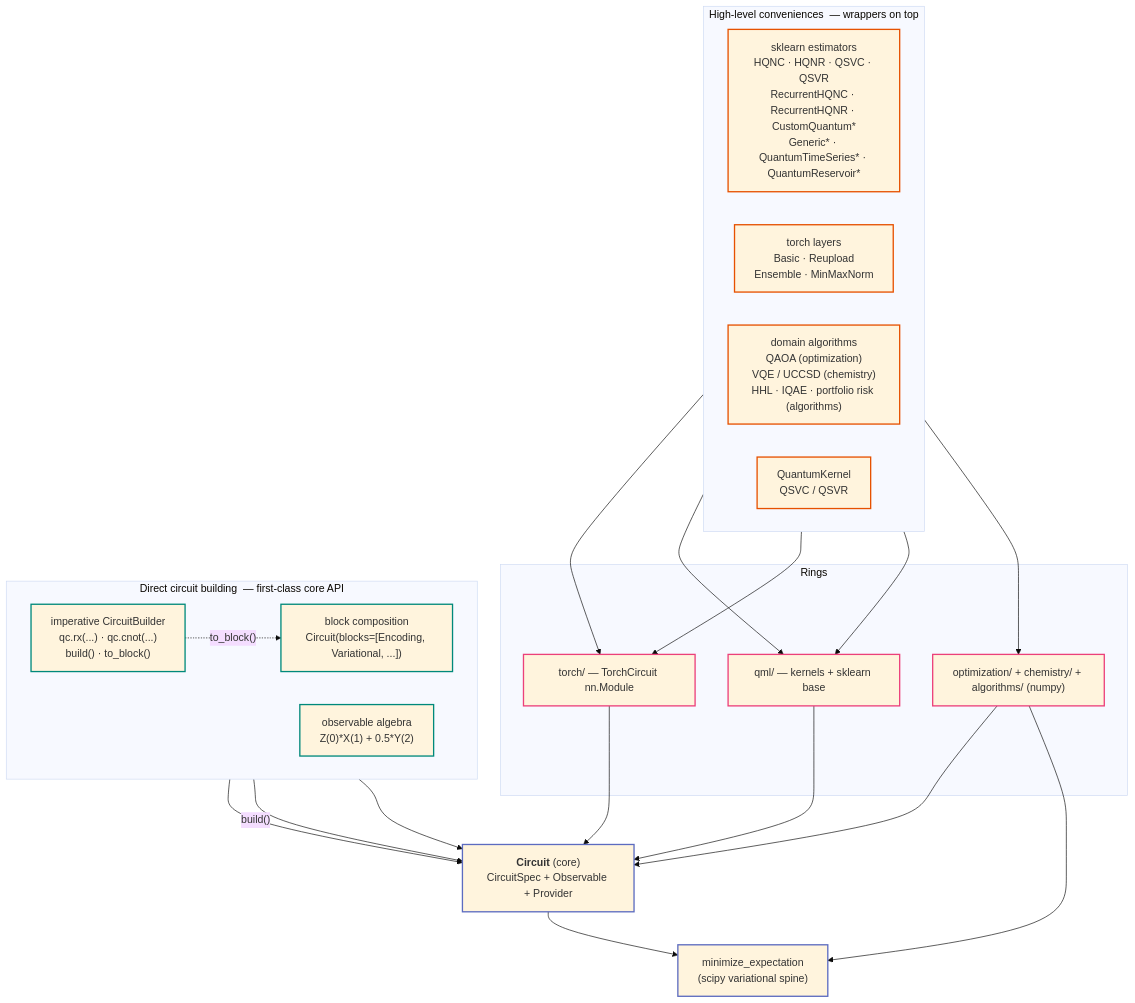
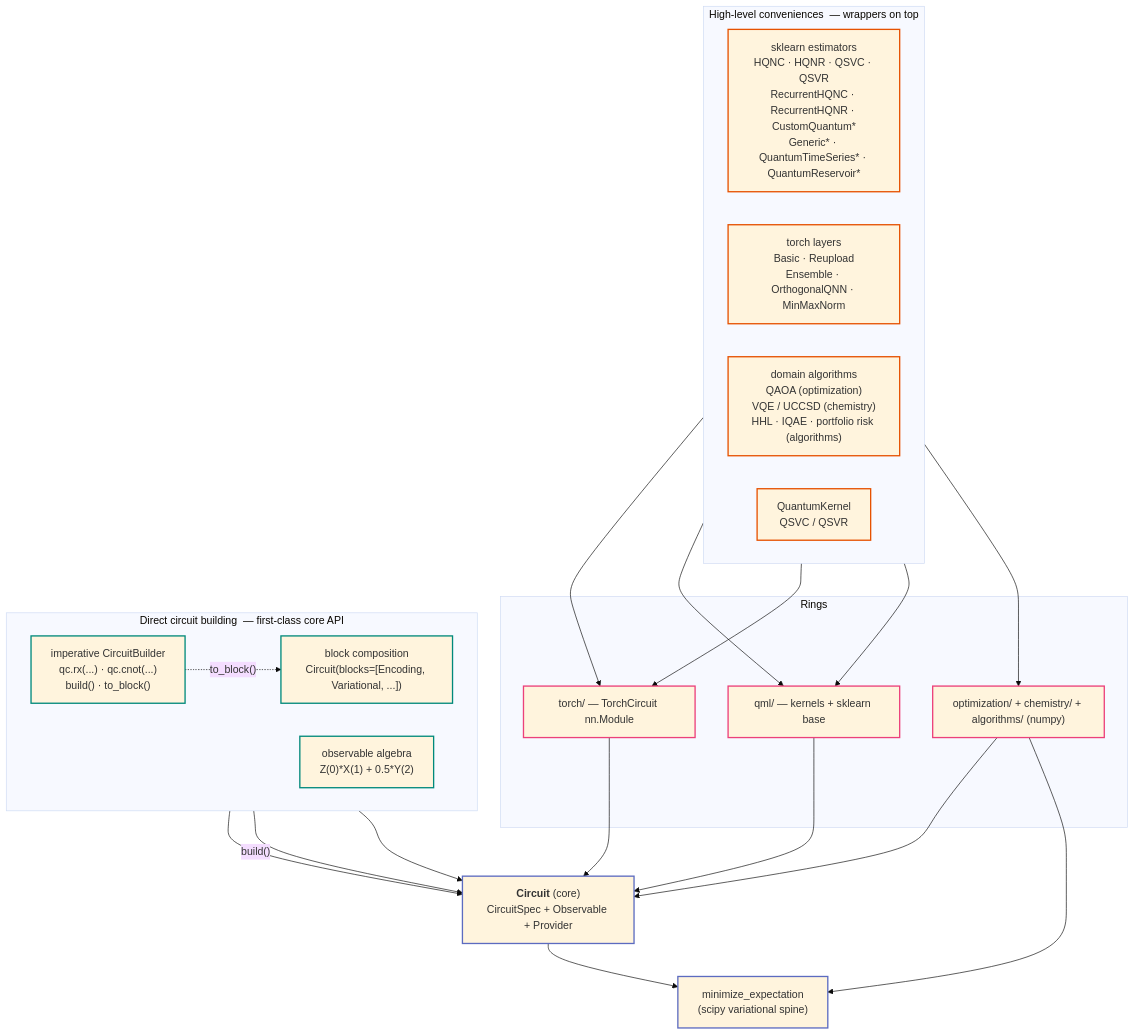
One commit to eigenorbit/eigenkit changed the seventh of 7 diagrams in docs/architecture-diagrams.md. Above: the diagram before and after it, drawn with Mermaid (base theme). The commit also changed other lines of this file and 44 other files, not shown here.

First line of the commit message:
feat: add eigenkit.orthogonal (orthogonal networks, certified robustness, OrthogonalQNN) (#32)

````diff
--- a/docs/architecture-diagrams.md
+++ b/docs/architecture-diagrams.md
@@ -454,53 +456,53 @@
 ```mermaid
 flowchart TB
     subgraph HIGH["High-level conveniences &nbsp;— wrappers on top"]
         direction LR
         EST["sklearn estimators<br/>HQNC · HQNR · QSVC · QSVR<br/>RecurrentHQNC · RecurrentHQNR · CustomQuantum*<br/>Generic* · QuantumTimeSeries* · QuantumReservoir*"]
-        LAY["torch layers<br/>Basic · Reupload<br/>Ensemble · MinMaxNorm"]
+        LAY["torch layers<br/>Basic · Reupload<br/>Ensemble · OrthogonalQNN · MinMaxNorm"]
         ALG["domain algorithms<br/>QAOA (optimization)<br/>VQE / UCCSD (chemistry)<br/>HHL · IQAE · portfolio risk (algorithms)"]
         KER["QuantumKernel<br/>QSVC / QSVR"]
     end
 
     subgraph MID["Rings"]
         TORCHM["torch/ — TorchCircuit nn.Module"]
         QMLM["qml/ — kernels + sklearn base"]
         DOMM["optimization/ + chemistry/ + algorithms/ (numpy)"]
     end
 
     subgraph DIRECT["Direct circuit building &nbsp;— first-class core API"]
         direction LR
         BLK["block composition<br/>Circuit(blocks=[Encoding, Variational, ...])"]
         BLD["imperative CircuitBuilder<br/>qc.rx(...) · qc.cnot(...)<br/>build() · to_block()"]
         OBS["observable algebra<br/>Z(0)*X(1) + 0.5*Y(2)"]
     end
 
     CIRCUIT["<b>Circuit</b> (core)<br/>CircuitSpec + Observable + Provider"]
     SPINE["minimize_expectation<br/>(scipy variational spine)"]
 
     EST --> TORCHM
     EST --> QMLM
     LAY --> TORCHM
     KER --> QMLM
     ALG --> DOMM
 
     TORCHM --> CIRCUIT
     QMLM --> CIRCUIT
     DOMM --> CIRCUIT
 
     BLK --> CIRCUIT
     BLD -- "build()" --> CIRCUIT
     BLD -. "to_block()" .-> BLK
     OBS --> CIRCUIT
 
     DOMM --> SPINE
     CIRCUIT --> SPINE
 
     classDef user stroke:#e65100,stroke-width:2px;
     classDef mid stroke:#ec407a,stroke-width:2px;
     classDef direct stroke:#00897b,stroke-width:2px;
     classDef core stroke:#5c6bc0,stroke-width:2px;
     class EST,LAY,ALG,KER user;
     class TORCHM,QMLM,DOMM mid;
     class BLK,BLD,OBS direct;
     class CIRCUIT,SPINE core;
 ```
````
